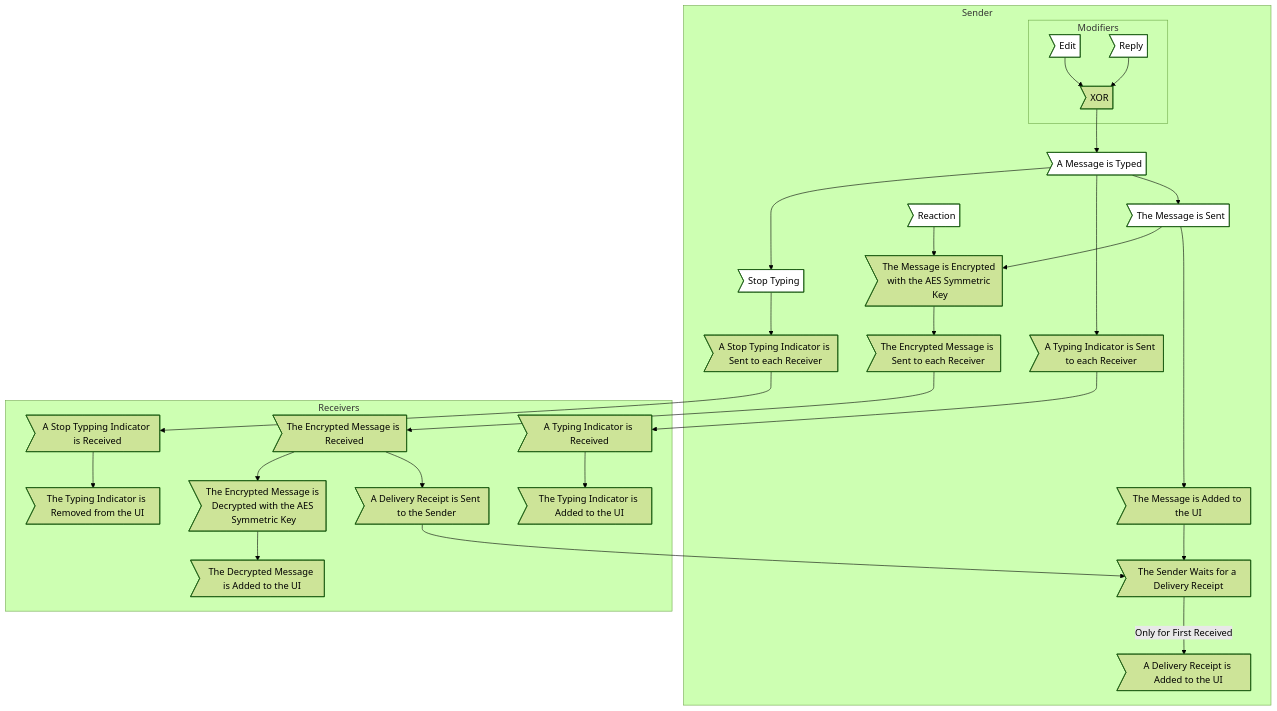
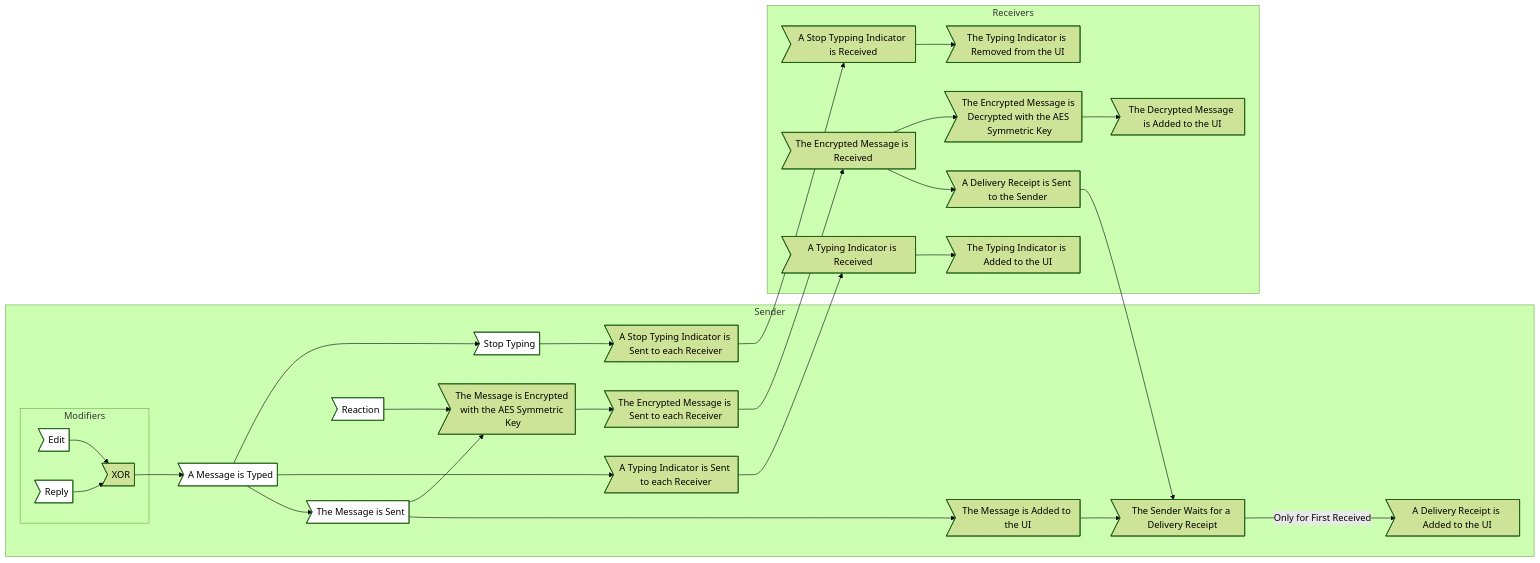
The fifth of 5 diagrams in 4+1.md (xXCrash2BomberXx/TinyChat), drawn with Mermaid (forest theme) before and after one commit.

````diff
--- a/4+1.md
+++ b/4+1.md
@@ -132,35 +132,35 @@
 ```mermaid
-graph TB;
+graph LR;
   subgraph "Sender"
     subgraph "Modifiers"
       P>Edit] --> O;
       Q>Reply] --> O;
     end
     O>XOR] --> A;
     A>A Message is Typed];
     A --> S>Stop Typing];
     S --> T>A Stop Typing Indicator is Sent to each Receiver];
     A --> B>A Typing Indicator is Sent to each Receiver];
     A --> E>The Message is Sent];
     E --> F>The Message is Encrypted with the AES Symmetric Key];
     R>Reaction] --> F;
     F --> G>The Encrypted Message is Sent to each Receiver];
     E --> L>The Message is Added to the UI];
     L --> M>The Sender Waits for a Delivery Receipt];
     M --> |Only for First Received| N>A Delivery Receipt is Added to the UI];
   end
   subgraph "Receivers"
     B --> C>A Typing Indicator is Received];
     C --> D>The Typing Indicator is Added to the UI];
     G --> H>The Encrypted Message is Received];
     H --> I>The Encrypted Message is Decrypted with the AES Symmetric Key];
     I --> J>The Decrypted Message is Added to the UI];
     H --> K>A Delivery Receipt is Sent to the Sender];
     K --> M;
     T --> U>A Stop Typping Indicator is Received];
     U --> V>The Typing Indicator is Removed from the UI];
   end
 
   classDef user fill:#fff,color:#000
   class A,E,P,Q,R,S user;
 ```
````
